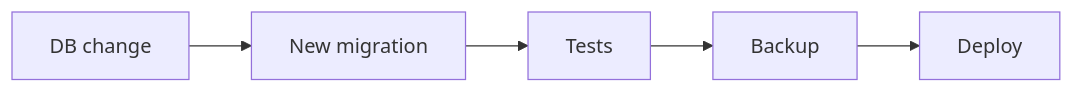
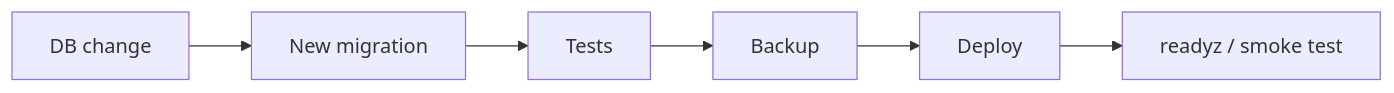
One commit to k-systems202208/python-sqlite-tailscale-webapp-template changed the fourth of 4 diagrams in docs/DEVELOPMENT.md. Above: the diagram before and after it, drawn with Mermaid. The commit also changed other lines of this file and 10 other files, not shown here.

````diff
--- a/docs/DEVELOPMENT.md
+++ b/docs/DEVELOPMENT.md
@@ -178,7 +192,8 @@
 ```mermaid
 flowchart LR
     D["DB change"] --> M["New migration"]
     M --> T["Tests"]
     T --> B["Backup"]
     B --> P["Deploy"]
+    P --> R["readyz / smoke test"]
 ```
````
